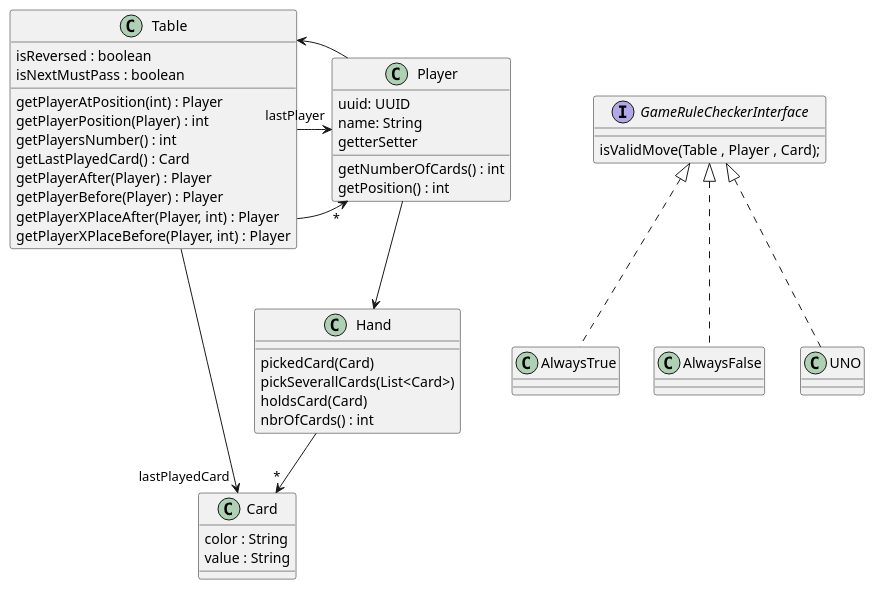
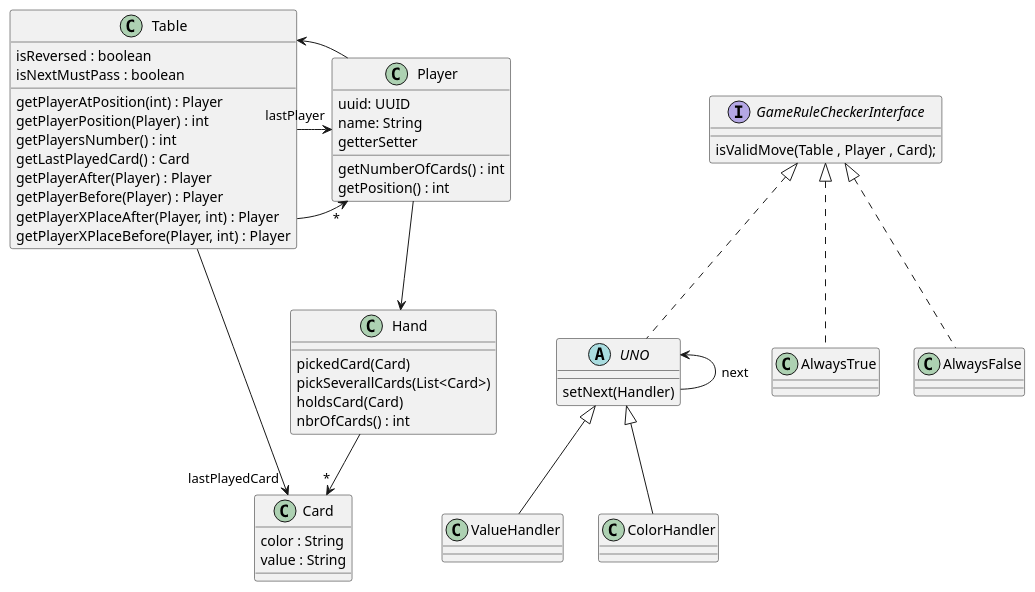
One commit to florentBourgeois/2025-ENSISA-ArchiObjet changed the diagram in src/mini_Uno/basesDuprojet.puml. Above: the diagram before and after it, drawn with PlantUML. The commit also changed 1 other file, not shown here.

Commit message:
chaine dans diagramme base

```diff
--- a/src/mini_Uno/basesDuprojet.puml
+++ b/src/mini_Uno/basesDuprojet.puml
@@ -1,68 +1,73 @@
 @startuml
 
 
 class Table {
     isReversed : boolean
     isNextMustPass : boolean
     getPlayerAtPosition(int) : Player
     getPlayerPosition(Player) : int
     getPlayersNumber() : int
     getLastPlayedCard() : Card
     getPlayerAfter(Player) : Player
     getPlayerBefore(Player) : Player
     getPlayerXPlaceAfter(Player, int) : Player
     getPlayerXPlaceBefore(Player, int) : Player
 }
 
 
 
 
 
 class Hand{
     pickedCard(Card)
     pickSeverallCards(List<Card>)
     holdsCard(Card)
     nbrOfCards() : int
 }
 
 class Player{
     uuid: UUID
     name: String
     getNumberOfCards() : int
     getPosition() : int
     getterSetter
 }
 
 class Card{
     color : String
     value : String
 }
 
 interface GameRuleCheckerInterface {
      isValidMove(Table , Player , Card);
 }
 
 
 
 Table -> "*" Player
 Table -> "lastPlayer" Player
 Table --> "lastPlayedCard" Card
 Player -> Table
 
 
 Player --> Hand
 Hand --> "*" Card
 
+abstract class UNO{
+    setNext(Handler)
+}
 
-
+UNO <- UNO : next
+UNO <|-- ValueHandler
+UNO <|-- ColorHandler
 
 
 
 
 GameRuleCheckerInterface <|.. AlwaysTrue
 GameRuleCheckerInterface <|.. AlwaysFalse
 GameRuleCheckerInterface <|.. UNO
 
 
 
 @enduml
```
